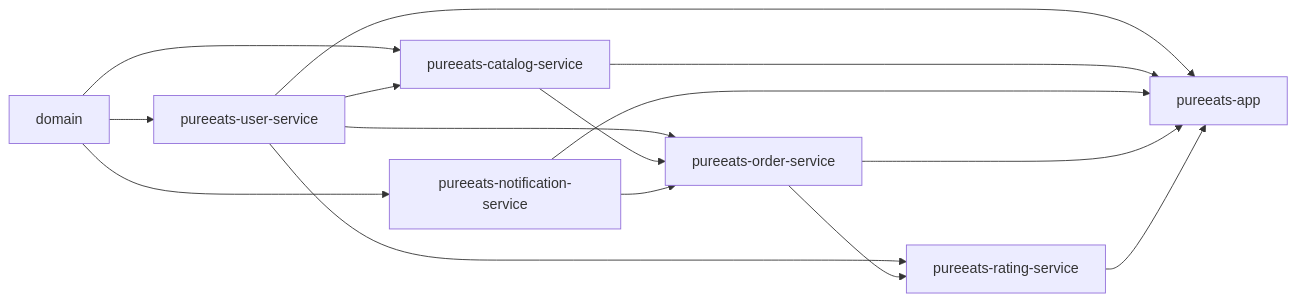
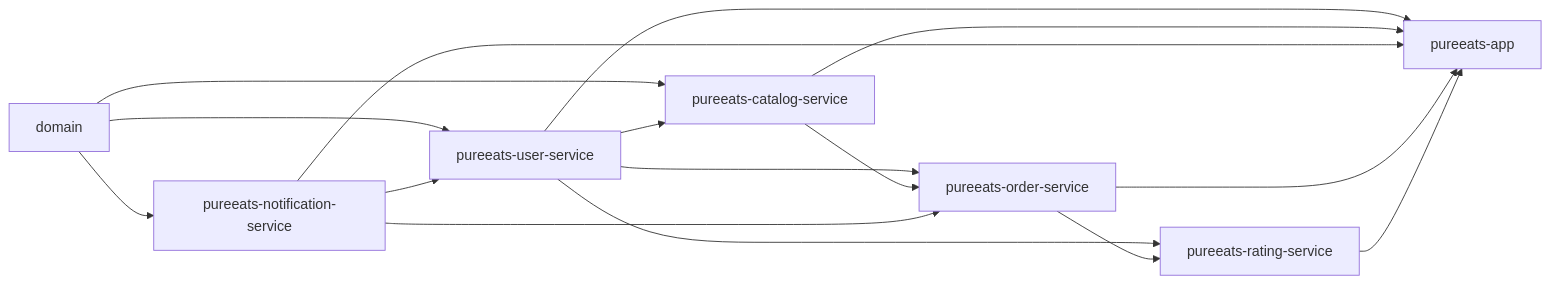
Before and after one commit to arpangroup/pureeats-backend-2026: the first of 5 diagrams in README.md, drawn with Mermaid. The commit also changed other lines of this file and 125 other files, not shown here.

````diff
--- a/README.md
+++ b/README.md
@@ -65,17 +66,18 @@
 ```mermaid
 graph LR
+    domain --> notif[pureeats-notification-service]
     domain --> user[pureeats-user-service]
     domain --> catalog[pureeats-catalog-service]
-    domain --> notif[pureeats-notification-service]
+    notif --> user
     user --> catalog
     user --> order[pureeats-order-service]
     catalog --> order
     notif --> order
     user --> rating[pureeats-rating-service]
     order --> rating
     user --> app[pureeats-app]
     catalog --> app
     notif --> app
     order --> app
     rating --> app
 ```
````
